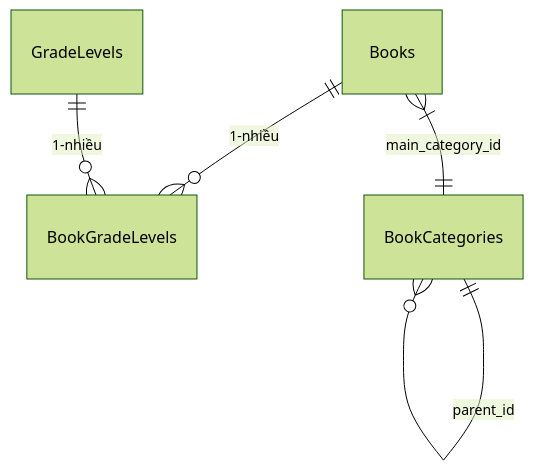
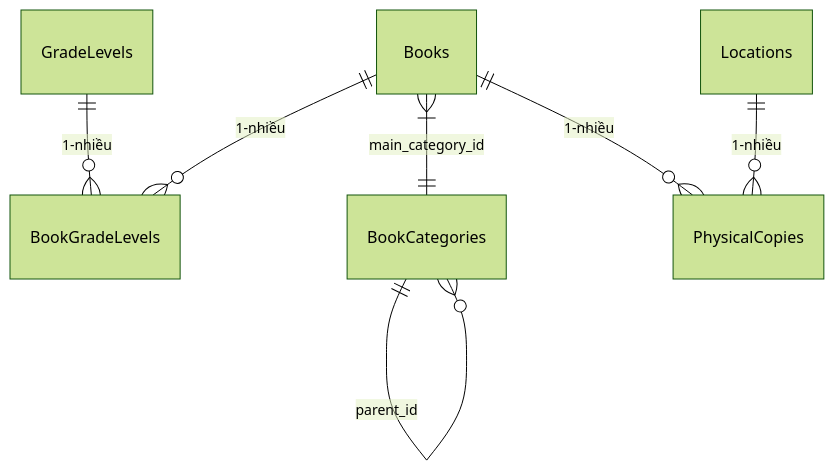
Before and after one commit to dangtienhung/quan-ly-thu-vien-be: the first of 5 diagrams in src/SYSTEM.md, drawn with Mermaid (forest theme). The commit also changed other lines of this file and 14 other files, not shown here.

First line of the commit message:
feat: :sparkles: integrate Locations module and update PhysicalCopy entity

````diff
--- a/src/SYSTEM.md
+++ b/src/SYSTEM.md
@@ -390,7 +410,9 @@
 ```mermaid
 erDiagram
     Books ||--o{ BookGradeLevels : "1-nhiều"
     GradeLevels ||--o{ BookGradeLevels : "1-nhiều"
     Books }|--|| BookCategories : "main_category_id"
     BookCategories ||--o{ BookCategories : "parent_id"
+    Locations ||--o{ PhysicalCopies : "1-nhiều"
+    Books ||--o{ PhysicalCopies : "1-nhiều"
 ```
````
